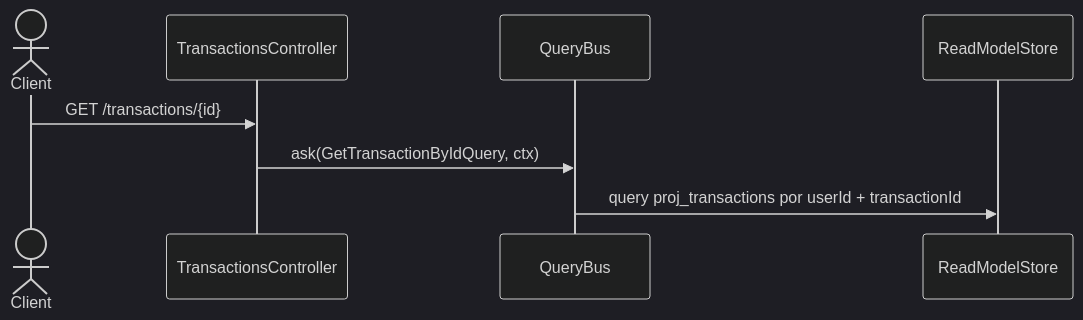
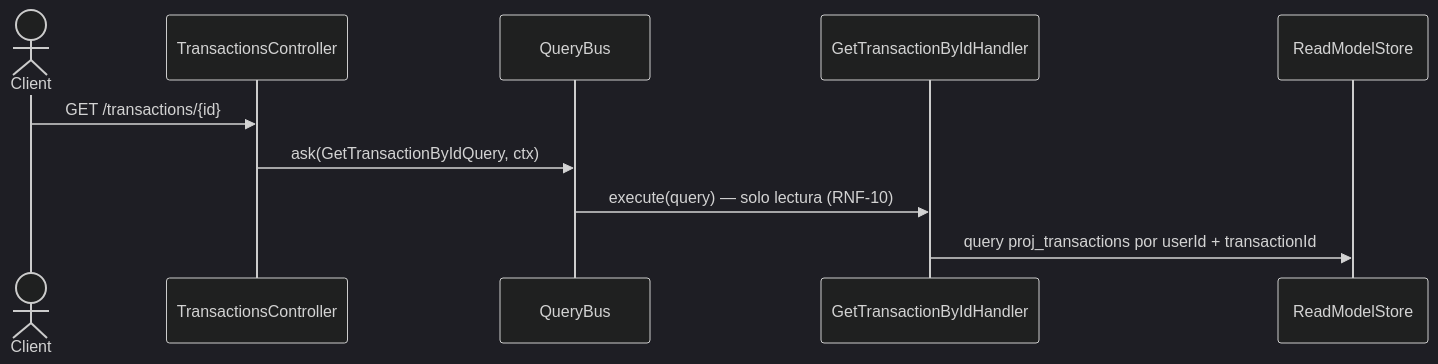
Before and after one commit to cristsr/admin-backend: the diagram in apps/ledger/docs/transactions/flows/get-transaction.md, drawn with Mermaid (dark theme). The commit also changed 7 other files, not shown here.

First line of the commit message:
docs(ledger): name the query handlers the sequence diagrams skipped

````diff
--- a/apps/ledger/docs/transactions/flows/get-transaction.md
+++ b/apps/ledger/docs/transactions/flows/get-transaction.md
@@ -30,11 +30,13 @@
 ```mermaid
 sequenceDiagram
   actor Client
   participant C as TransactionsController
   participant QB as QueryBus
+  participant H as GetTransactionByIdHandler
   participant RM as ReadModelStore
 
   Client->>C: GET /transactions/{id}
   C->>QB: ask(GetTransactionByIdQuery, ctx)
-  QB->>RM: query proj_transactions por userId + transactionId
+  QB->>H: execute(query) — solo lectura (RNF-10)
+  H->>RM: query proj_transactions por userId + transactionId
 ```
````
